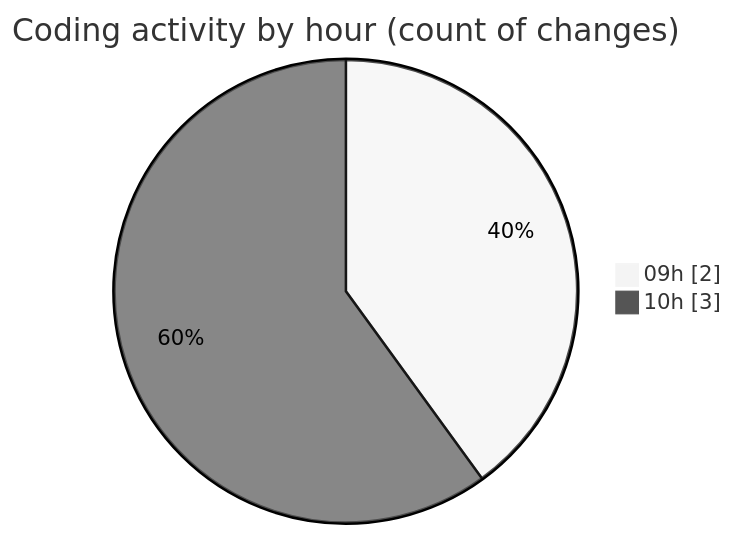
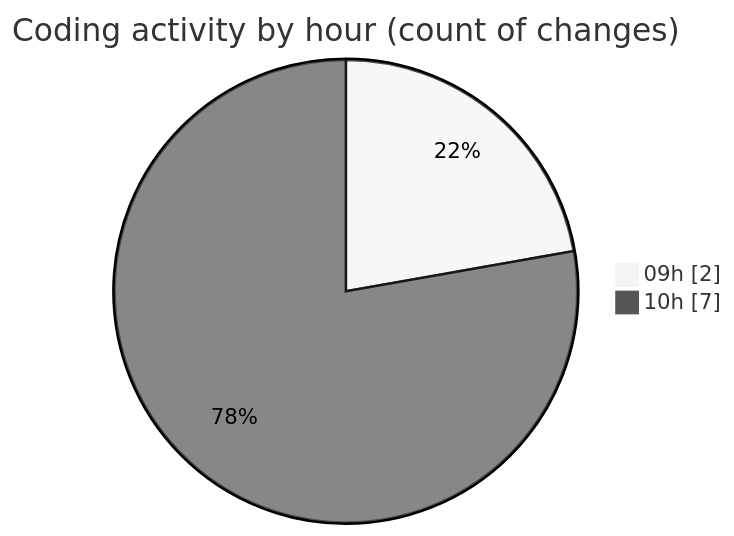
The second of 2 diagrams in 2026-03-02/typescript/README.md (igalym/code-tracking), drawn with Mermaid (neutral theme) before and after one commit. The commit also changed other lines of this file and 1 other file, not shown here.

````diff
--- a/2026-03-02/typescript/README.md
+++ b/2026-03-02/typescript/README.md
@@ -33,6 +33,6 @@
 ```mermaid
 pie showData
 title Coding activity by hour (count of changes)
 "09h" : 2
-"10h" : 3
+"10h" : 7
 ```
````
